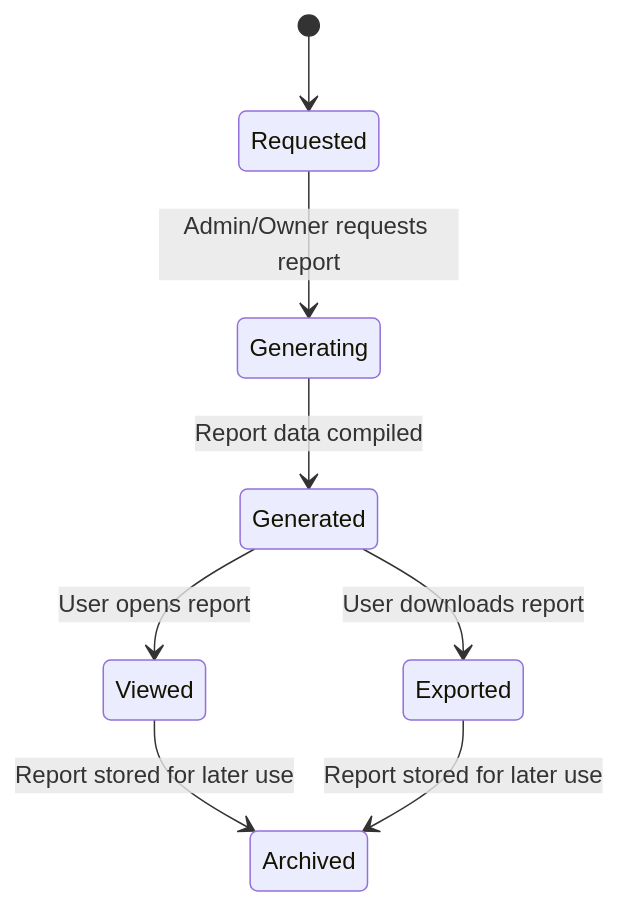
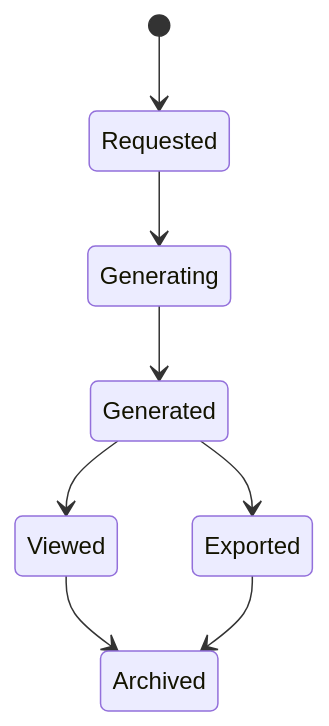
The seventh of 8 diagrams in STATE_TRANSITION_DIAGRAMS.md (ThaakirahA/movie-rental-system), drawn with Mermaid before and after one commit. The commit also changed other lines of this file, not shown here.

Commit message:
Refactor state transition diagrams for clarity

````diff
--- a/STATE_TRANSITION_DIAGRAMS.md
+++ b/STATE_TRANSITION_DIAGRAMS.md
@@ -102,10 +107,10 @@
 ```mermaid
 stateDiagram-v2
     [*] --> Requested
-    Requested --> Generating : Admin/Owner requests report
-    Generating --> Generated : Report data compiled
-    Generated --> Viewed : User opens report
-    Generated --> Exported : User downloads report
-    Viewed --> Archived : Report stored for later use
-    Exported --> Archived : Report stored for later use
+    Requested --> Generating
+    Generating --> Generated
+    Generated --> Viewed
+    Generated --> Exported
+    Viewed --> Archived
+    Exported --> Archived
 ```
````
